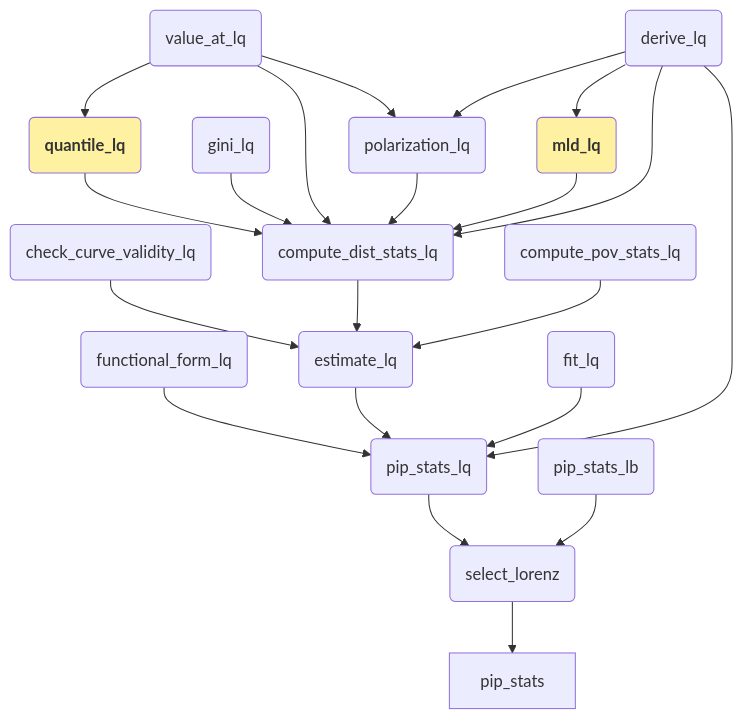
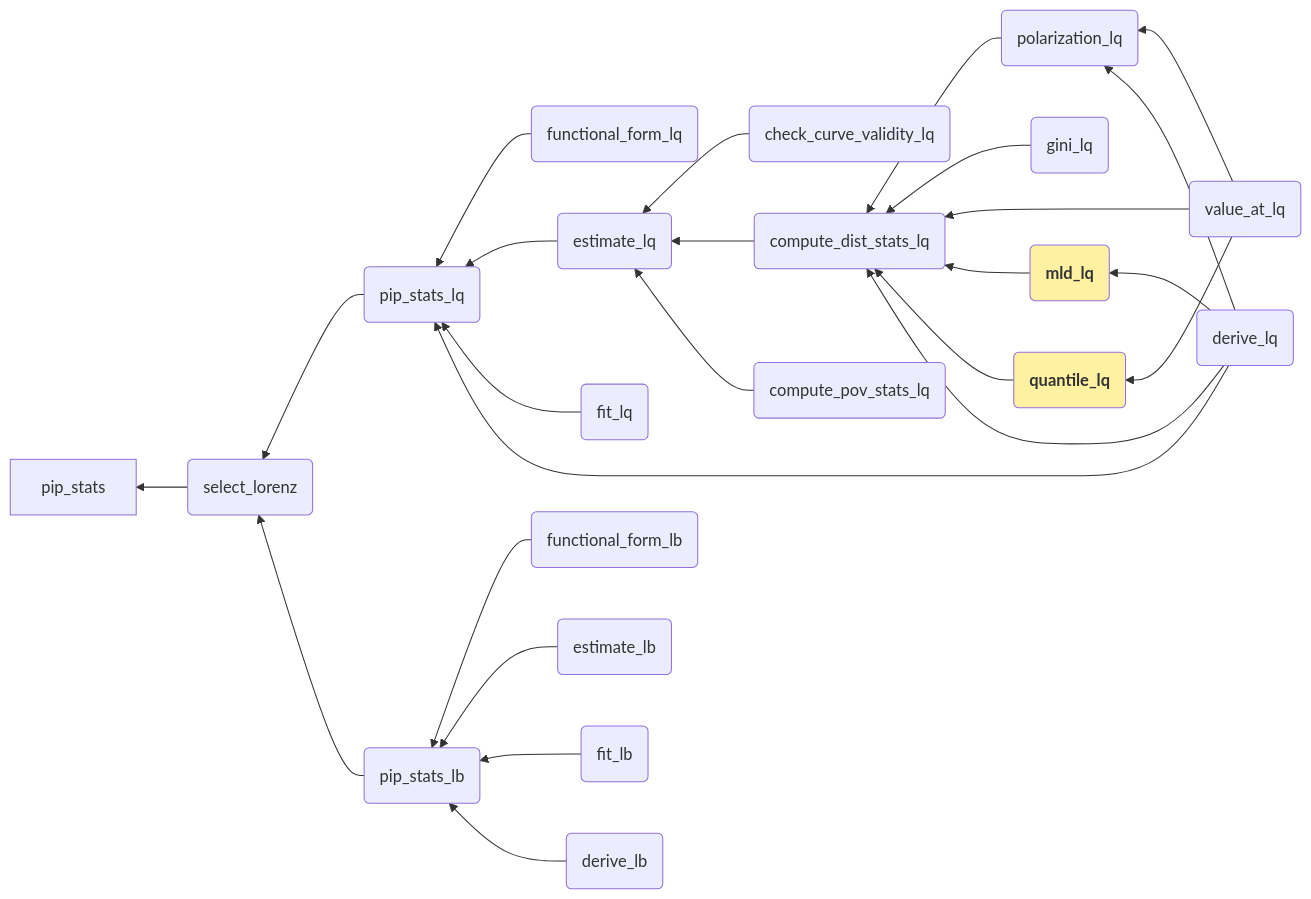
One commit to dana89co/pip_utilities changed the diagram in wbpip_gd_doc.qmd. Above: the diagram before and after it, drawn with Mermaid. The commit also changed other lines of this file and 2 other files, not shown here.

````diff
--- a/wbpip_gd_doc.qmd
+++ b/wbpip_gd_doc.qmd
@@ -22,28 +22,32 @@
 ```{mermaid}
 
-flowchart TD
+flowchart RL
     lz(select_lorenz) --> stats[pip_stats]
     lq(pip_stats_lq) --> lz
     lb(pip_stats_lb) --> lz  
     form_lq(functional_form_lq) --> lq
-    derive_lq(derive_lq) --> lq
     est_lq(estimate_lq) --> lq
     fit_lq(fit_lq) --> lq
+    form_lb(functional_form_lb) --> lb
+    est_lb(estimate_lb) --> lb
+    fit_lb(fit_lb) --> lb
+    derive_lb(derive_lb) --> lb
     check_val(check_curve_validity_lq) --> est_lq
     comp_dist_lq(compute_dist_stats_lq) --> est_lq
     comp_pov_lq(compute_pov_stats_lq) --> est_lq
     polarization_lq(polarization_lq) --> comp_dist_lq
     gini_lq(gini_lq) --> comp_dist_lq
     value_at_lq --> polarization_lq
     value_at_lq(value_at_lq) --> comp_dist_lq
     mld_lq(<b>mld_lq</b>) --> comp_dist_lq
     quantile_lq(<b>quantile_lq</b>) --> comp_dist_lq
+    derive_lq(derive_lq) --> lq
     derive_lq --> comp_dist_lq
     derive_lq --> mld_lq
     derive_lq --> polarization_lq
     value_at_lq --> quantile_lq
     
     style quantile_lq fill:#FFF1A2
     style mld_lq fill:#FFF1A2
 
 ```
````
